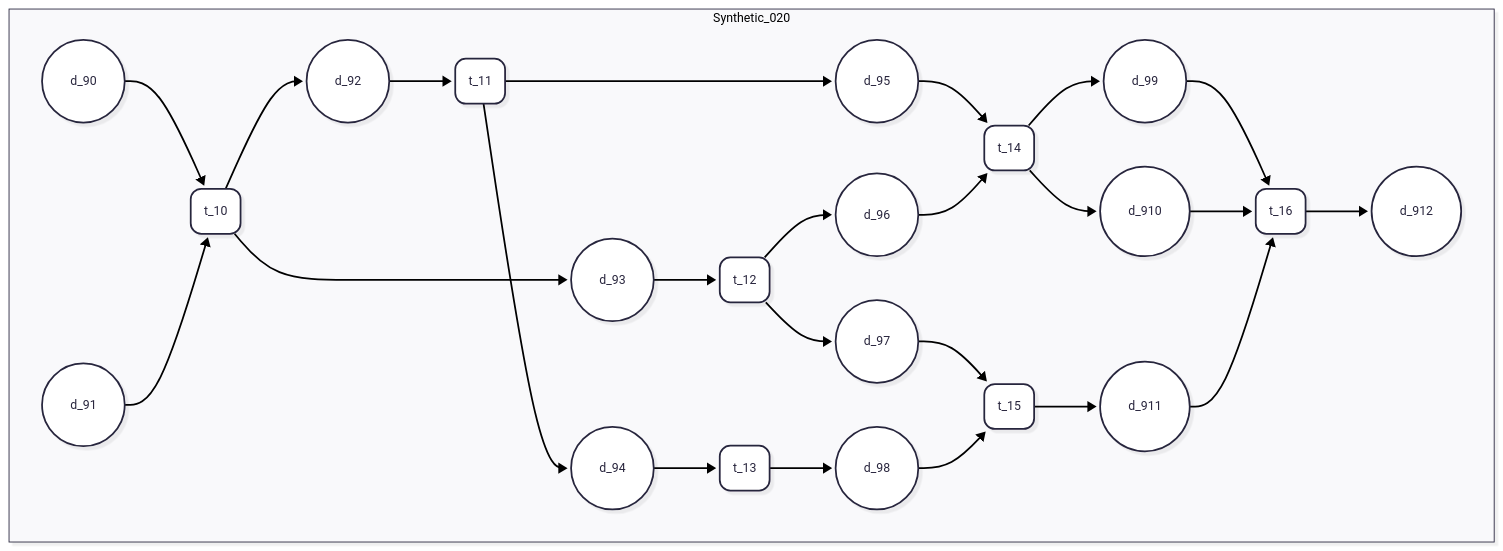
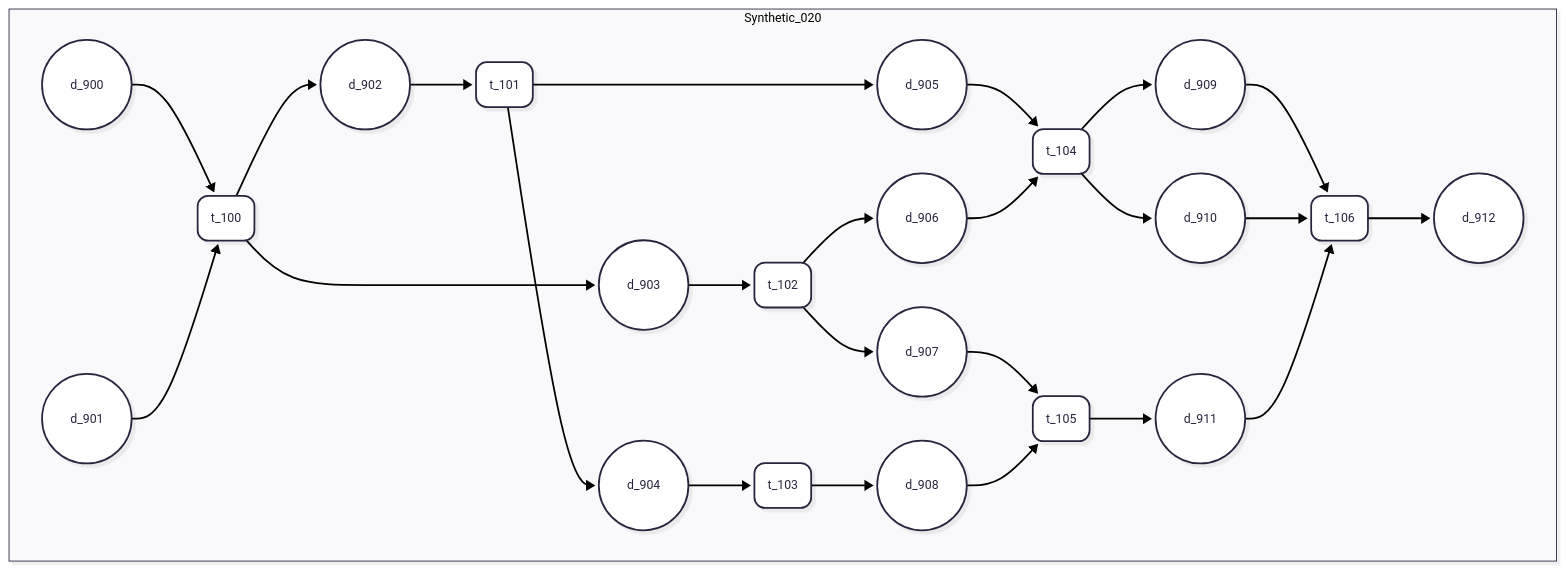
One commit to UFFeScience/denethor changed the diagram in resources/data/instance_files/synthetic/synthetic_user_defined/mermaid/Synthetic_020.mermaid. Above: the diagram before and after it, drawn with Mermaid. The commit also changed 36 other files, not shown here.

```diff
--- a/resources/data/instance_files/synthetic/synthetic_user_defined/mermaid/Synthetic_020.mermaid
+++ b/resources/data/instance_files/synthetic/synthetic_user_defined/mermaid/Synthetic_020.mermaid
@@ -1,49 +1,51 @@
 ---
 config:
   layout: dagre
   theme: redux
   look: neo
+notes: |
+  PATTERN: Map, Split, Cross-Branch Merge
 ---
 flowchart LR
  subgraph Synthetic_20["Synthetic_020"]
     direction LR
-        S20_d0(("d_90"))
-        S20_d1(("d_91"))
-        S20_d2(("d_92"))
-        S20_d3(("d_93"))
-        S20_d4(("d_94"))
-        S20_d5(("d_95"))
-        S20_d6(("d_96"))
-        S20_d7(("d_97"))
-        S20_d8(("d_98"))
-        S20_d9(("d_99"))
+        S20_d0(("d_900"))
+        S20_d1(("d_901"))
+        S20_d2(("d_902"))
+        S20_d3(("d_903"))
+        S20_d4(("d_904"))
+        S20_d5(("d_905"))
+        S20_d6(("d_906"))
+        S20_d7(("d_907"))
+        S20_d8(("d_908"))
+        S20_d9(("d_909"))
         S20_d10(("d_910"))
         S20_d11(("d_911"))
         S20_d12(("d_912"))
-        S20_t0("t_10")
-        S20_t1("t_11")
-        S20_t2("t_12")
-        S20_t3("t_13")
-        S20_t4("t_14")
-        S20_t5("t_15")
-        S20_t6("t_16")
+        S20_t0("t_100")
+        S20_t1("t_101")
+        S20_t2("t_102")
+        S20_t3("t_103")
+        S20_t4("t_104")
+        S20_t5("t_105")
+        S20_t6("t_106")
   end
     S20_d0 --> S20_t0
     S20_d1 --> S20_t0
     S20_d2 --> S20_t1
     S20_d3 --> S20_t2
     S20_d4 --> S20_t3
     S20_d5 --> S20_t4
     S20_d6 --> S20_t4
     S20_d7 --> S20_t5
     S20_d8 --> S20_t5
     S20_d9 --> S20_t6
     S20_d10 --> S20_t6
     S20_d11 --> S20_t6
     S20_t0 --> S20_d2 & S20_d3
     S20_t1 --> S20_d4 & S20_d5
     S20_t2 --> S20_d6 & S20_d7
     S20_t3 --> S20_d8
     S20_t4 --> S20_d9 & S20_d10
     S20_t5 --> S20_d11
     S20_t6 --> S20_d12
```
